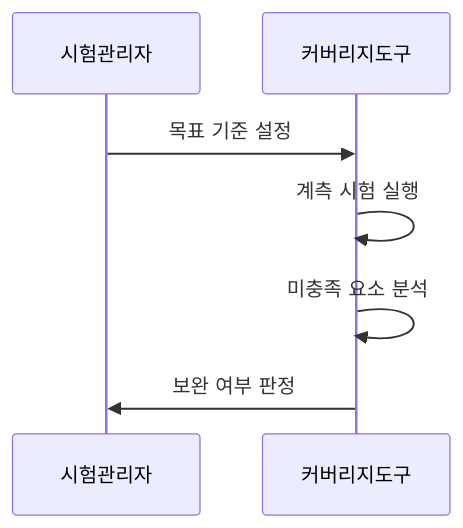
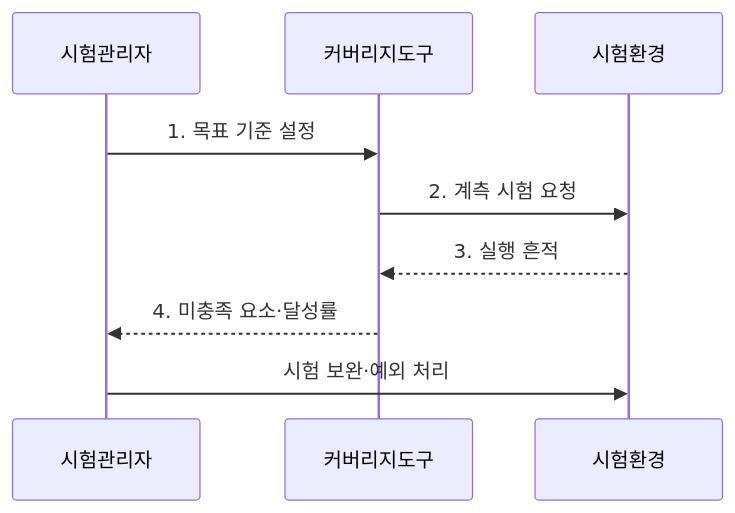
The second of 2 diagrams in src/content/docs/notes/06-evaluation/033_test_coverage.md (agnusdei1207/knowledge-base), drawn with Mermaid before and after one commit. The commit also changed other lines of this file and 9 other files, not shown here.

````diff
--- a/src/content/docs/notes/06-evaluation/033_test_coverage.md
+++ b/src/content/docs/notes/06-evaluation/033_test_coverage.md
@@ -82,9 +82,11 @@
 ```mermaid
 sequenceDiagram
     participant M as 시험관리자
     participant T as 커버리지도구
-    M->>T: 목표 기준 설정
-    T->>T: 계측 시험 실행
-    T->>T: 미충족 요소 분석
-    T->>M: 보완 여부 판정
+    participant S as 시험환경
+    M->>T: 1. 목표 기준 설정
+    T->>S: 2. 계측 시험 요청
+    S-->>T: 3. 실행 흔적
+    T-->>M: 4. 미충족 요소·달성률
+    M->>S: 시험 보완·예외 처리
 ```
````
